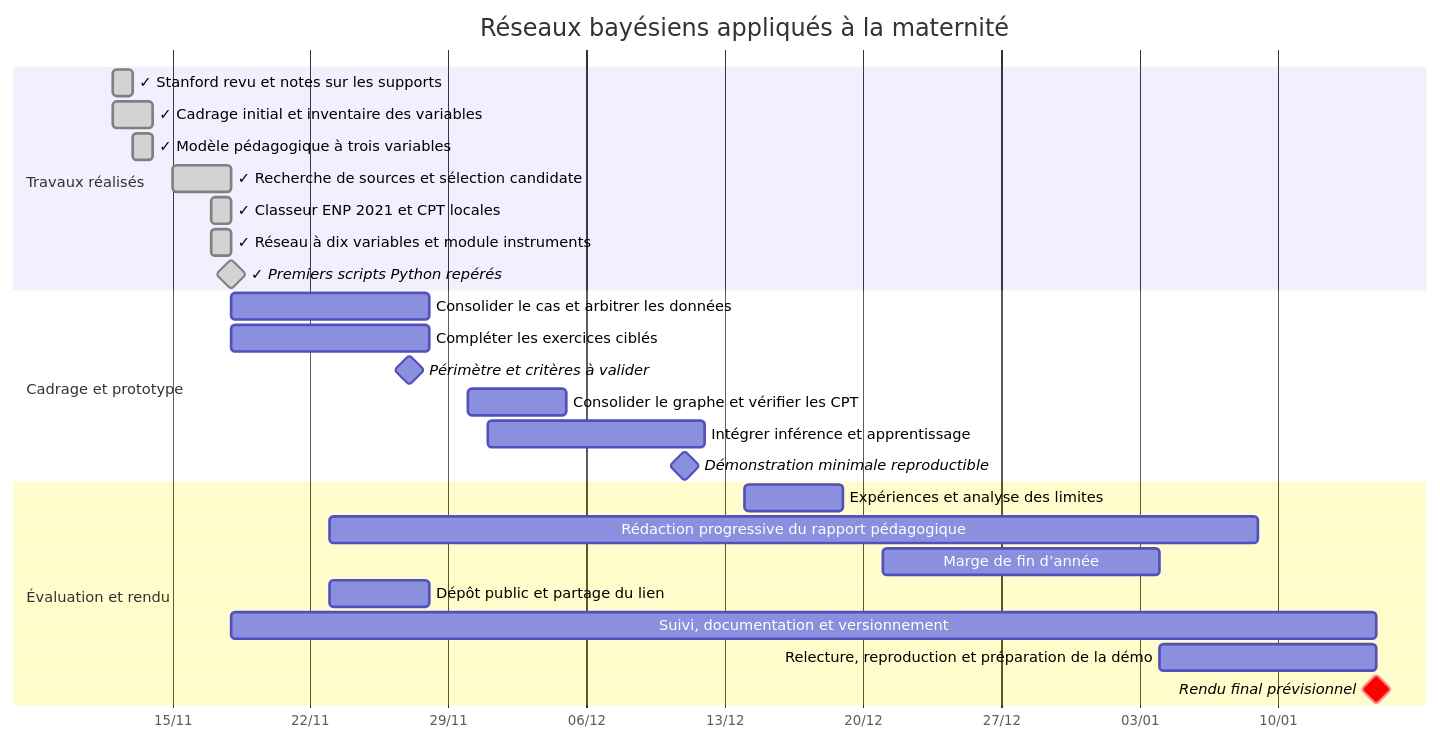
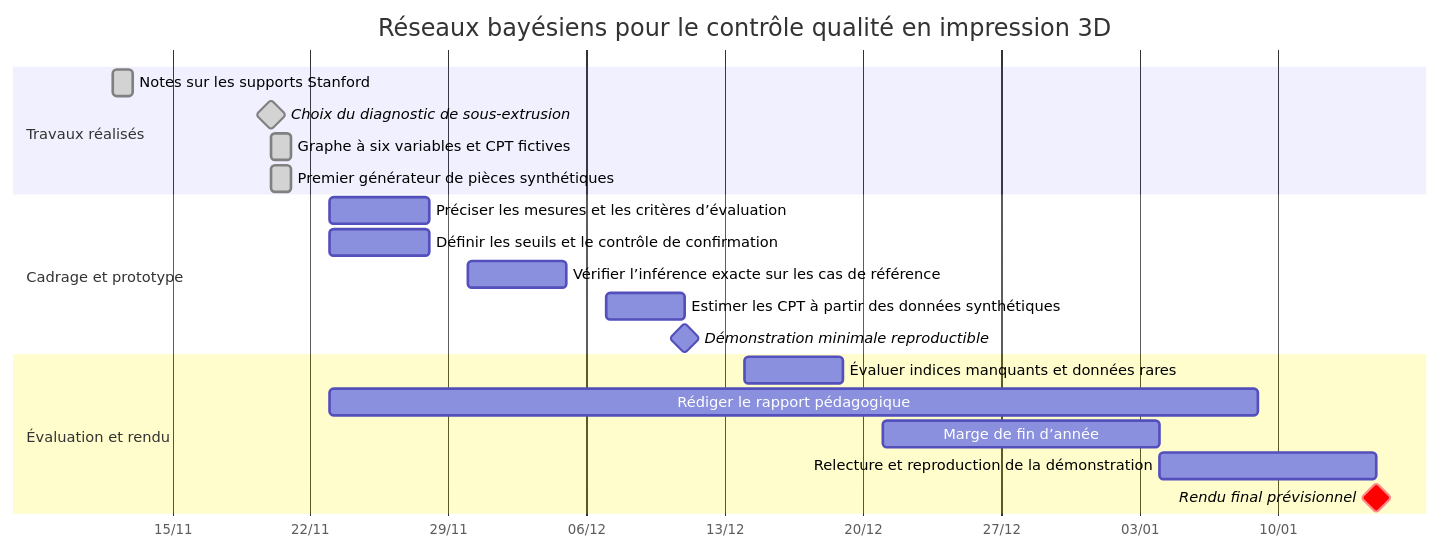
One commit to timcrtl/PROJECT-Bayesian-network changed the diagram in docs/pilotage/PLANNING.md. Above: the diagram before and after it, drawn with Mermaid. The commit also changed other lines of this file and 1 other file, not shown here.

Commit message:
Adapte le graphe et le planning au contrôle qualité en impression 3D

````diff
--- a/docs/pilotage/PLANNING.md
+++ b/docs/pilotage/PLANNING.md
@@ -6,34 +8,28 @@
 ```mermaid
 gantt
-    title Réseaux bayésiens appliqués à la maternité
+    title Réseaux bayésiens pour le contrôle qualité en impression 3D
     dateFormat YYYY-MM-DD
     axisFormat %d/%m
     tickInterval 1week
     todayMarker off
 
     section Travaux réalisés
-    ✓ Stanford revu et notes sur les supports       :done, stanford, 2026-11-12, 1d
-    ✓ Cadrage initial et inventaire des variables   :done, inventaire, 2026-11-12, 2d
-    ✓ Modèle pédagogique à trois variables          :done, exemple, 2026-11-13, 1d
-    ✓ Recherche de sources et sélection candidate   :done, sources, 2026-11-15, 3d
-    ✓ Classeur ENP 2021 et CPT locales               :done, extraction, 2026-11-17, 1d
-    ✓ Réseau à dix variables et module instruments  :done, reseau, 2026-11-17, 1d
-    ✓ Premiers scripts Python repérés               :milestone, done, scripts, 2026-11-18, 0d
+    Notes sur les supports Stanford                  :done, stanford, 2026-11-12, 1d
+    Choix du diagnostic de sous-extrusion             :milestone, done, sujet, 2026-11-20, 0d
+    Graphe à six variables et CPT fictives            :done, modele, 2026-11-20, 1d
+    Premier générateur de pièces synthétiques         :done, generateur, 2026-11-20, 1d
 
     section Cadrage et prototype
-    Consolider le cas et arbitrer les données       :cadrage, 2026-11-18, 2026-11-28
-    Compléter les exercices ciblés                  :formation, 2026-11-18, 2026-11-28
-    Périmètre et critères à valider                 :milestone, validation, 2026-11-27, 0d
-    Consolider le graphe et vérifier les CPT        :graphe, 2026-11-30, 2026-12-05
-    Intégrer inférence et apprentissage             :prototype, 2026-12-01, 2026-12-12
-    Démonstration minimale reproductible           :milestone, demo, 2026-12-11, 0d
+    Préciser les mesures et les critères d’évaluation :cadrage, 2026-11-23, 2026-11-28
+    Définir les seuils et le contrôle de confirmation :seuils, 2026-11-23, 2026-11-28
+    Vérifier l’inférence exacte sur les cas de référence :inference, 2026-11-30, 2026-12-05
+    Estimer les CPT à partir des données synthétiques :apprentissage, 2026-12-07, 2026-12-11
+    Démonstration minimale reproductible             :milestone, demo, 2026-12-11, 0d
 
     section Évaluation et rendu
-    Expériences et analyse des limites              :evaluation, 2026-12-14, 2026-12-19
-    Rédaction progressive du rapport pédagogique    :rapport, 2026-11-23, 2027-01-09
-    Marge de fin d’année                            :marge, 2026-12-21, 2027-01-04
-    Dépôt public et partage du lien                 :depot, 2026-11-23, 2026-11-28
-    Suivi, documentation et versionnement          :suivi, 2026-11-18, 2027-01-15
-    Relecture, reproduction et préparation de la démo :relecture, 2027-01-04, 2027-01-15
-    Rendu final prévisionnel                        :milestone, crit, rendu, 2027-01-15, 0d
+    Évaluer indices manquants et données rares        :evaluation, 2026-12-14, 2026-12-19
+    Rédiger le rapport pédagogique                   :rapport, 2026-11-23, 2027-01-09
+    Marge de fin d’année                             :marge, 2026-12-21, 2027-01-04
+    Relecture et reproduction de la démonstration    :relecture, 2027-01-04, 2027-01-15
+    Rendu final prévisionnel                         :milestone, crit, rendu, 2027-01-15, 0d
 ```
````
